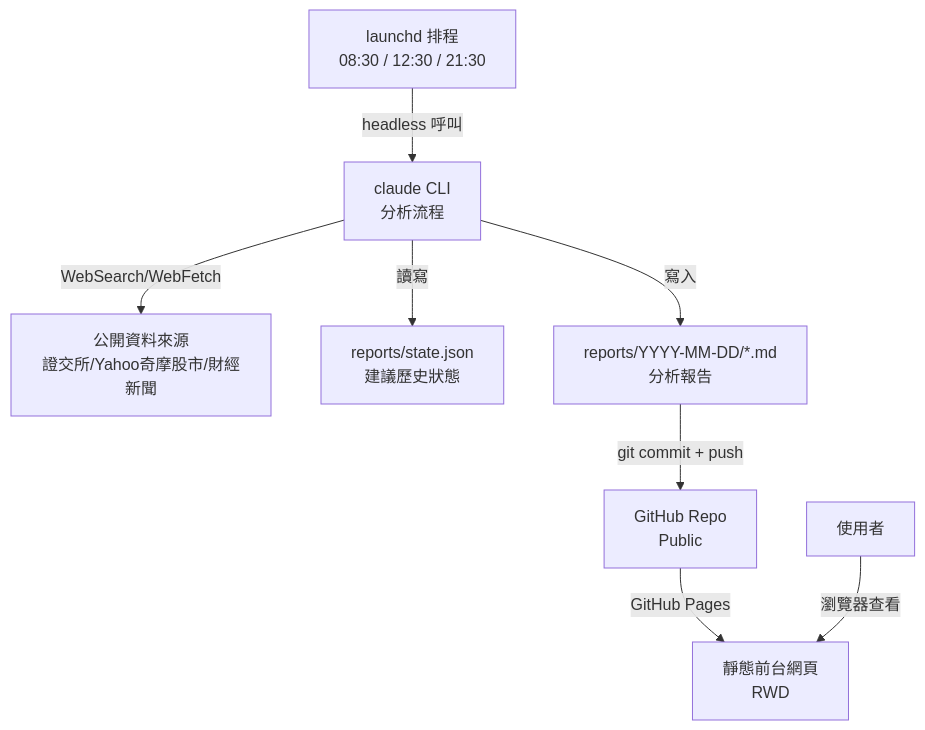
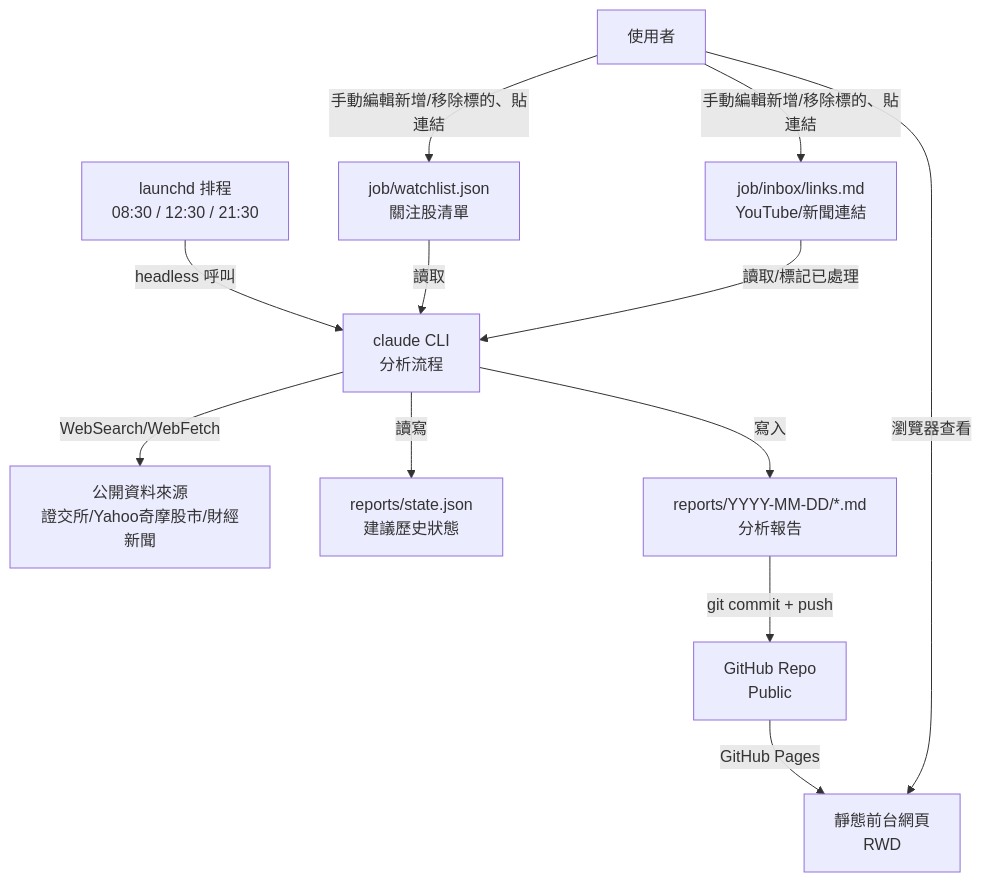
One commit to Blackjtsai/blackj-stock-point-guard changed the diagram in docs/design/ARCHITECTURE.md. Above: the diagram before and after it, drawn with Mermaid. The commit also changed 6 other files, not shown here.

````diff
--- a/docs/design/ARCHITECTURE.md
+++ b/docs/design/ARCHITECTURE.md
@@ -5,10 +5,14 @@
 ```mermaid
 graph TD
     L[launchd 排程<br/>08:30 / 12:30 / 21:30] -->|headless 呼叫| C[claude CLI<br/>分析流程]
     C -->|WebSearch/WebFetch| D[公開資料來源<br/>證交所/Yahoo奇摩股市/財經新聞]
+    WL[job/watchlist.json<br/>關注股清單] -->|讀取| C
+    IB[job/inbox/links.md<br/>YouTube/新聞連結] -->|讀取/標記已處理| C
     C -->|讀寫| S[reports/state.json<br/>建議歷史狀態]
     C -->|寫入| R[reports/YYYY-MM-DD/*.md<br/>分析報告]
     R -->|git commit + push| G[GitHub Repo<br/>Public]
     G -->|GitHub Pages| W[靜態前台網頁<br/>RWD]
     U[使用者] -->|瀏覽器查看| W
+    U -->|手動編輯新增/移除標的、貼連結| WL
+    U -->|手動編輯新增/移除標的、貼連結| IB
 ```
````
